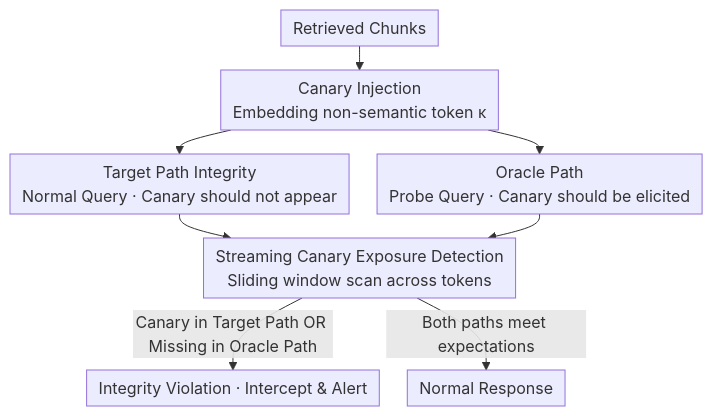
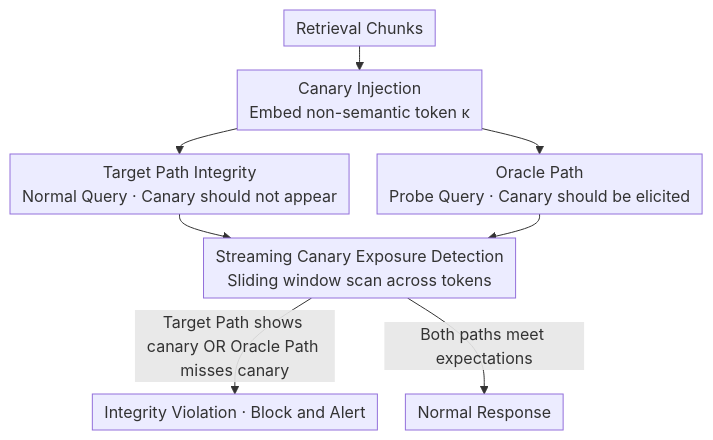
Before and after one commit to zhaoyang97/Paper-Notes-en: the diagram in docs/ACL2026/llm_safety/detecting_rag_extraction_attack_via_dual-path_runtime_integrity_game.md, drawn with Mermaid. The commit also changed other lines of this file and 5084 other files, not shown here.

````diff
--- a/docs/ACL2026/llm_safety/detecting_rag_extraction_attack_via_dual-path_runtime_integrity_game.md
+++ b/docs/ACL2026/llm_safety/detecting_rag_extraction_attack_via_dual-path_runtime_integrity_game.md
@@ -42,11 +42,11 @@
 ```mermaid
 %%{init: {'flowchart': {'rankSpacing': 24, 'nodeSpacing': 28, 'padding': 6, 'wrappingWidth': 400}}}%%
 flowchart TD
-    A["Retrieved Chunks"] --> B["Canary Injection<br/>Embedding non-semantic token κ"]
+    A["Retrieval Chunks"] --> B["Canary Injection<br/>Embed non-semantic token κ"]
     B --> C["Target Path Integrity<br/>Normal Query · Canary should not appear"]
     B --> D["Oracle Path<br/>Probe Query · Canary should be elicited"]
     C --> E["Streaming Canary Exposure Detection<br/>Sliding window scan across tokens"]
     D --> E
-    E -->|"Canary in Target Path OR Missing in Oracle Path"| F["Integrity Violation · Intercept & Alert"]
+    E -->|"Target Path shows canary OR Oracle Path misses canary"| F["Integrity Violation · Block and Alert"]
     E -->|"Both paths meet expectations"| G["Normal Response"]
 ```
````
